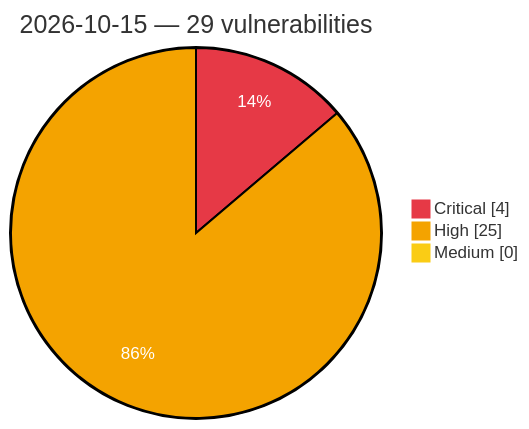
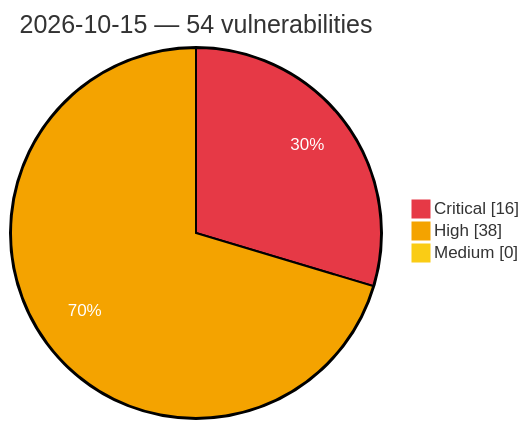
One commit to GhostX0X/vuln-tracker changed the diagram in vulnerabilities/2026/October/2026-10-15.md. Above: the diagram before and after it, drawn with Mermaid. The commit also changed other lines of this file and 5 other files, not shown here.

Commit message:
Auto update: critical/high vulns (2026-10-15 15:11 UTC)

````diff
--- a/vulnerabilities/2026/October/2026-10-15.md
+++ b/vulnerabilities/2026/October/2026-10-15.md
@@ -3,8 +3,8 @@
 ```mermaid
 %%{init: {'theme':'base', 'themeVariables': {'pie1':'#e63946', 'pie2':'#f4a300', 'pie3':'#facc15', 'pieOpacity':'1', 'pieOuterStrokeWidth':'2px', 'pieSectionTextColor':'#ffffff'}}}%%
 pie showData
-    title 2026-10-15 — 29 vulnerabilities
-    "Critical" : 4
-    "High" : 25
+    title 2026-10-15 — 54 vulnerabilities
+    "Critical" : 16
+    "High" : 38
     "Medium" : 0
 ```
````
